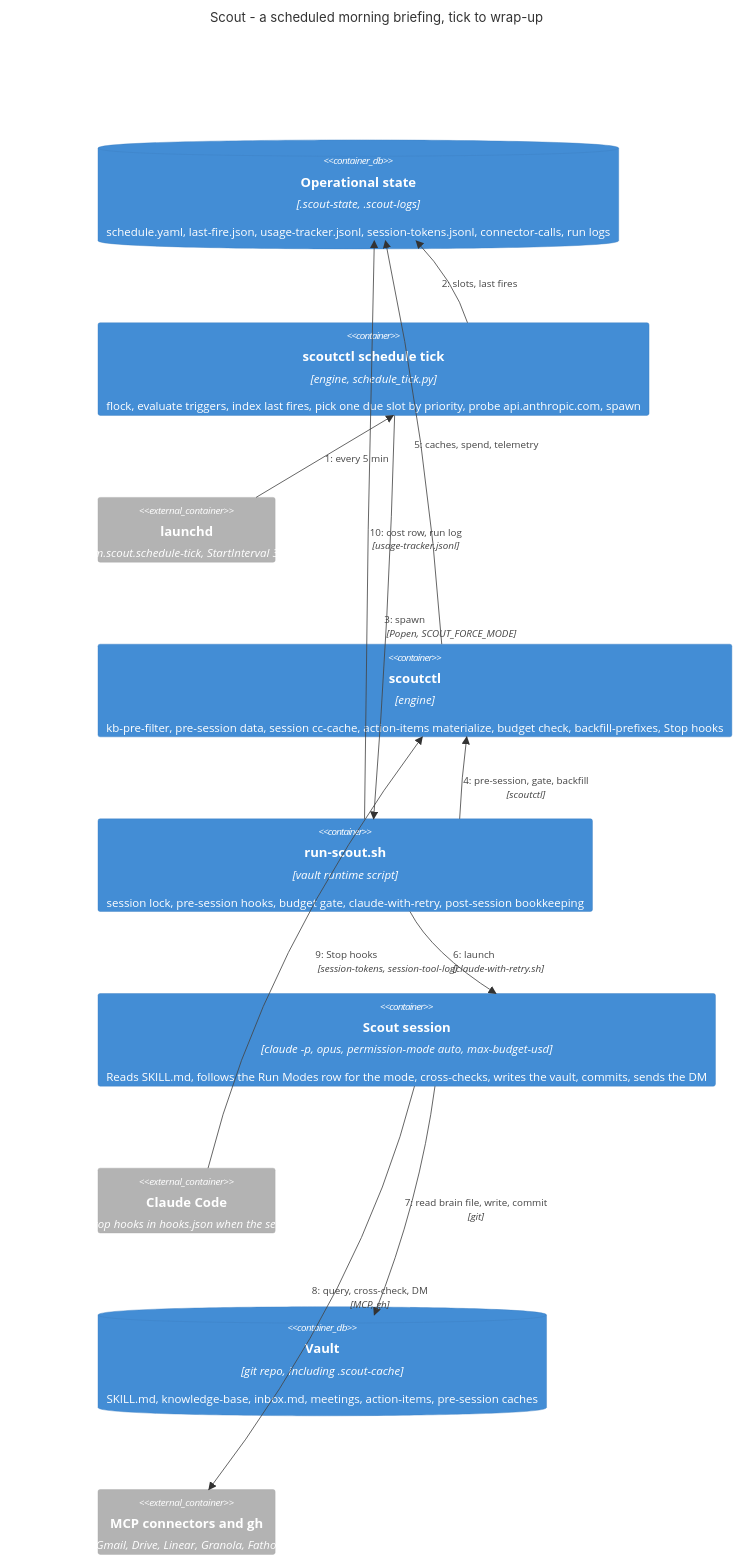
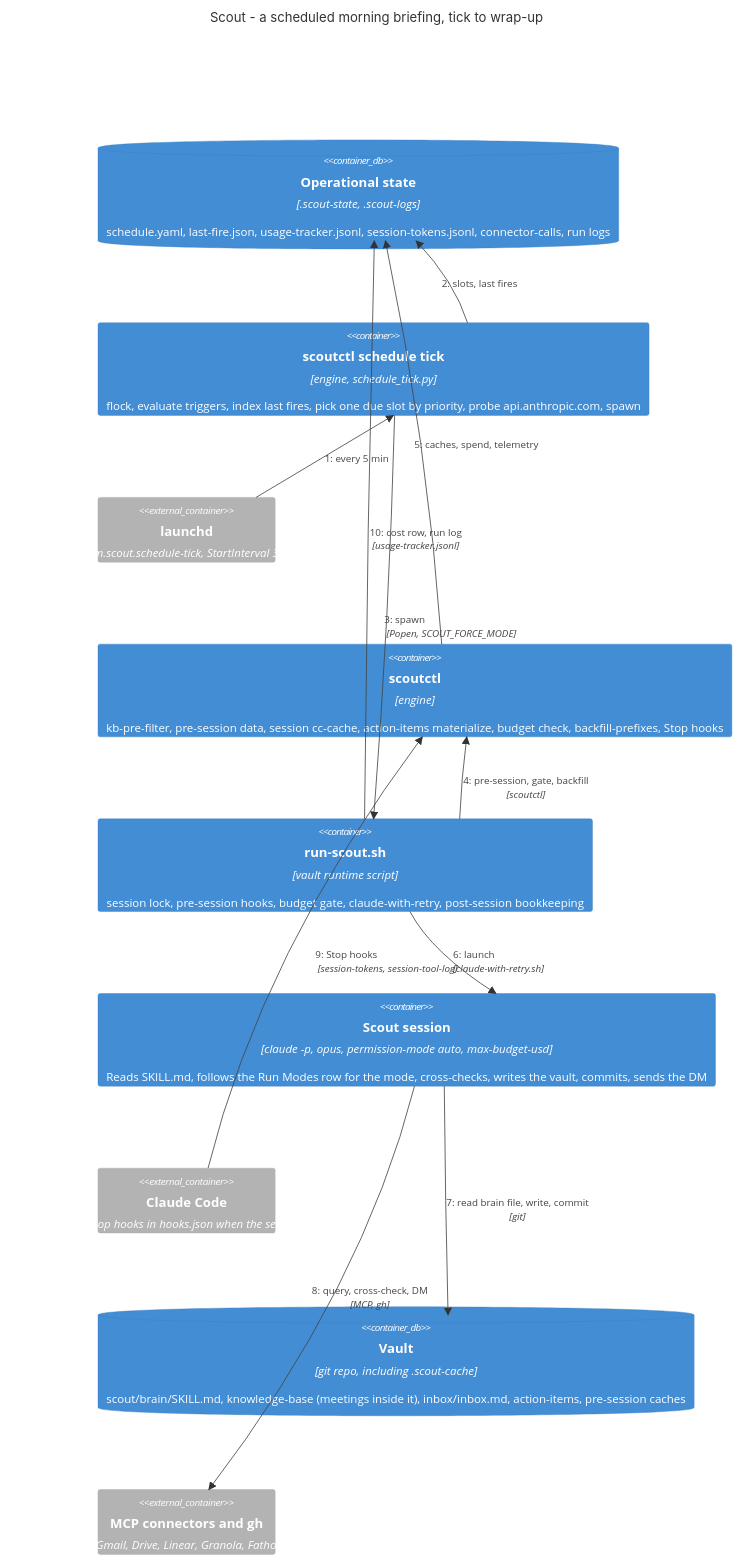
Before and after one commit to Raven-Scout/Scout: the diagram in docs/architecture/05-scheduled-run.md, drawn with Mermaid. The commit also changed other lines of this file and 312 other files, not shown here.

````diff
--- a/docs/architecture/05-scheduled-run.md
+++ b/docs/architecture/05-scheduled-run.md
@@ -8,29 +8,29 @@
 ```mermaid
 C4Dynamic
   title Scout - a scheduled morning briefing, tick to wrap-up
 
   ContainerDb(state, "Operational state", ".scout-state, .scout-logs", "schedule.yaml, last-fire.json, usage-tracker.jsonl, session-tokens.jsonl, connector-calls, run logs")
   Container(tick, "scoutctl schedule tick", "engine, schedule_tick.py", "flock, evaluate triggers, index last fires, pick one due slot by priority, probe api.anthropic.com, spawn")
   Container_Ext(launchd, "launchd", "com.scout.schedule-tick, StartInterval 300")
 
   Container(engine, "scoutctl", "engine", "kb-pre-filter, pre-session data, session cc-cache, action-items materialize, budget check, backfill-prefixes, Stop hooks")
   Container(runner, "run-scout.sh", "vault runtime script", "session lock, pre-session hooks, budget gate, claude-with-retry, post-session bookkeeping")
   Container(session, "Scout session", "claude -p, opus, permission-mode auto, max-budget-usd", "Reads SKILL.md, follows the Run Modes row for the mode, cross-checks, writes the vault, commits, sends the DM")
 
   Container_Ext(cc, "Claude Code", "fires the Stop hooks in hooks.json when the session ends")
-  ContainerDb(vault, "Vault", "git repo, including .scout-cache", "SKILL.md, knowledge-base, inbox.md, meetings, action-items, pre-session caches")
+  ContainerDb(vault, "Vault", "git repo, including .scout-cache", "scout/brain/SKILL.md, knowledge-base (meetings inside it), inbox/inbox.md, action-items, pre-session caches")
   Container_Ext(connectors, "MCP connectors and gh", "Slack, Calendar, Gmail, Drive, Linear, Granola, Fathom. GitHub via gh")
 
   RelIndex(1, launchd, tick, "every 5 min")
   RelIndex(2, tick, state, "slots, last fires")
   RelIndex(3, tick, runner, "spawn", "Popen, SCOUT_FORCE_MODE")
   RelIndex(4, runner, engine, "pre-session, gate, backfill", "scoutctl")
   RelIndex(5, engine, state, "caches, spend, telemetry")
   RelIndex(6, runner, session, "launch", "claude-with-retry.sh")
   RelIndex(7, session, vault, "read brain file, write, commit", "git")
   RelIndex(8, session, connectors, "query, cross-check, DM", "MCP, gh")
   RelIndex(9, cc, engine, "Stop hooks", "session-tokens, session-tool-log")
   RelIndex(10, runner, state, "cost row, run log", "usage-tracker.jsonl")
 
   UpdateLayoutConfig($c4ShapeInRow="3", $c4BoundaryInRow="1")
 ```
````
